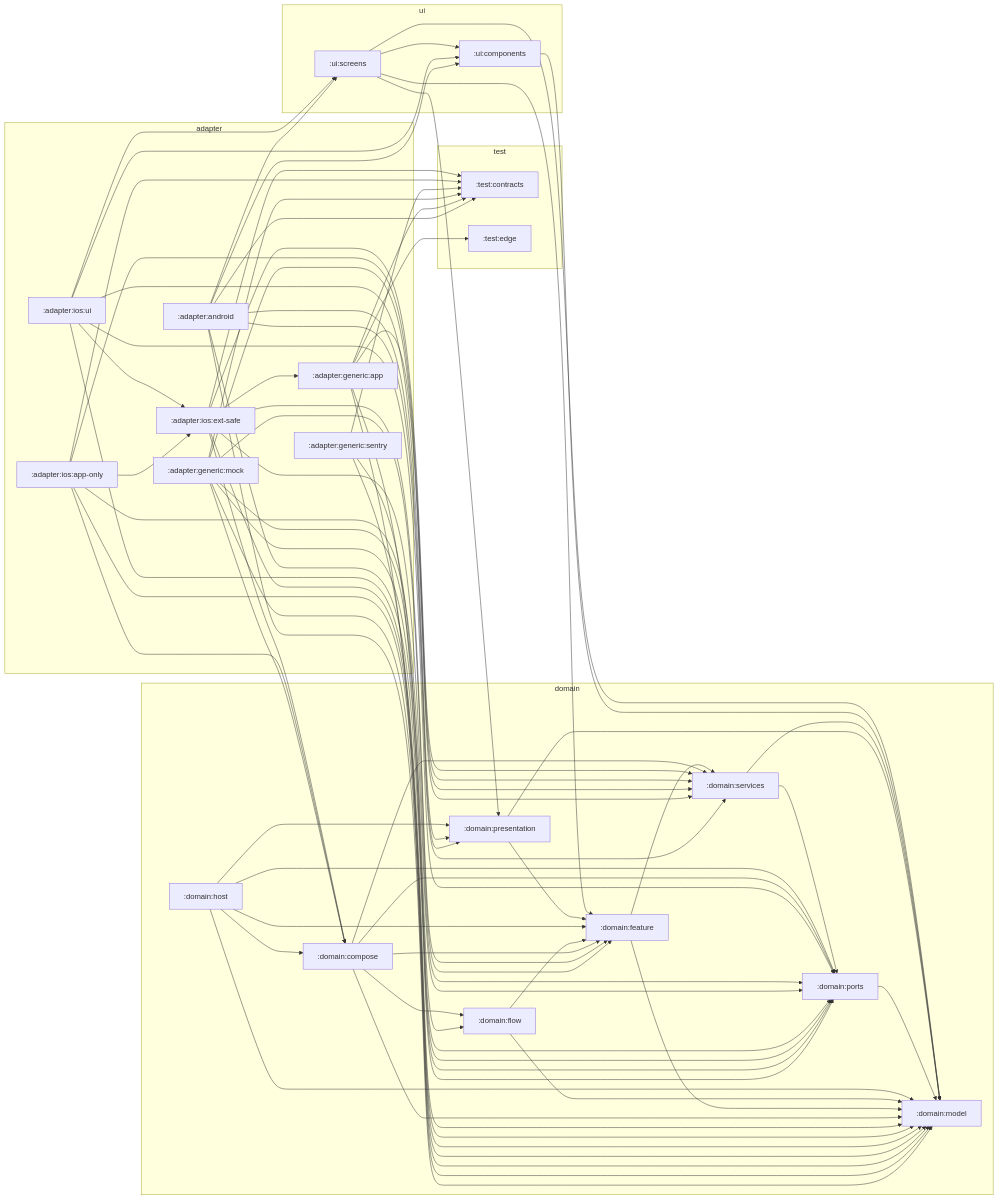
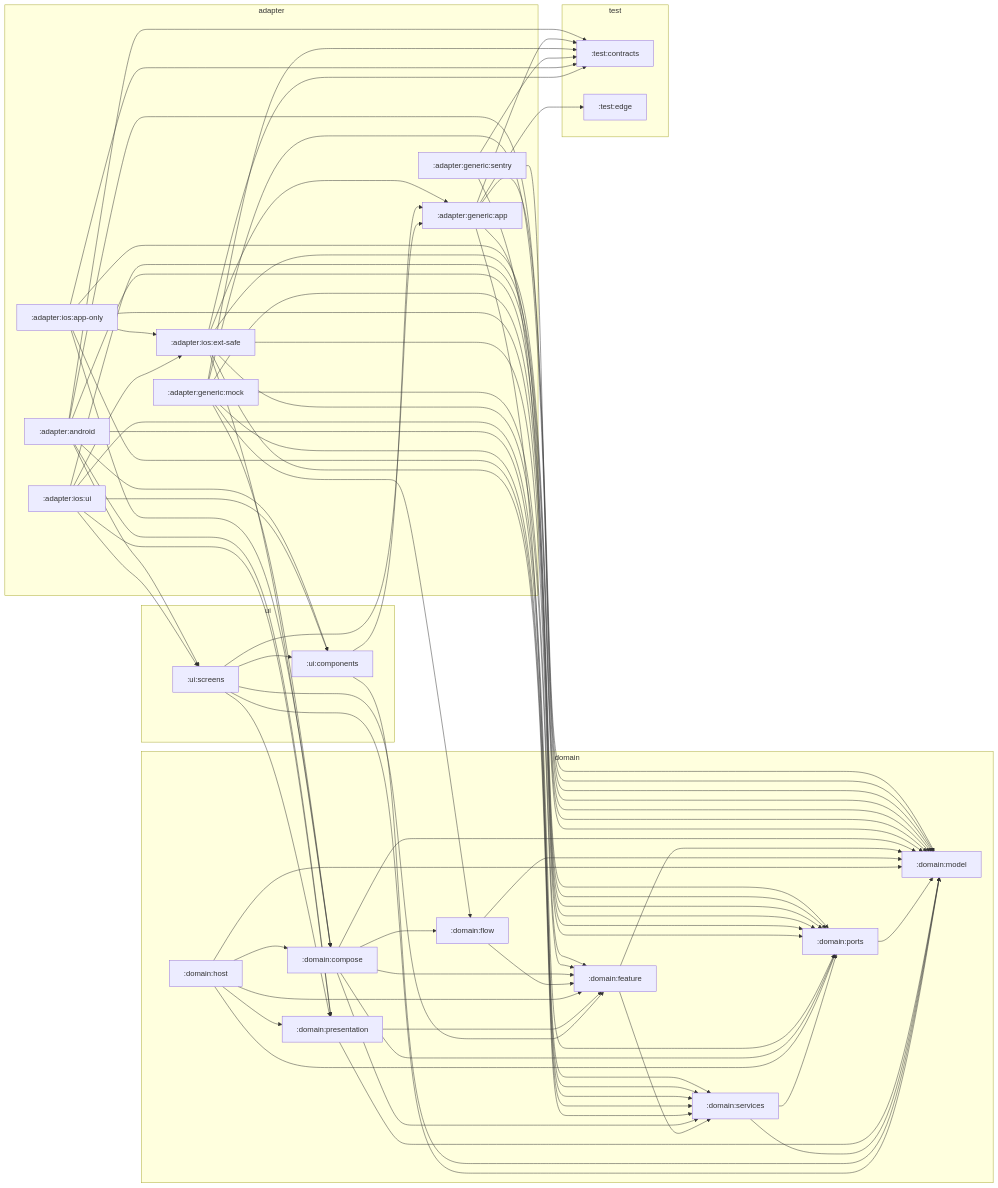
One commit to stefanhoelzl/SnapSync changed the diagram in architecture/zones.md. Above: the diagram before and after it, drawn with Mermaid. The commit also changed 57 other files, not shown here.

```diff
--- a/architecture/zones.md
+++ b/architecture/zones.md
@@ -94,7 +94,9 @@
   domain_presentation --> domain_model
   domain_services --> domain_model
   domain_services --> domain_ports
+  ui_components --> adapter_generic_app
   ui_components --> domain_model
+  ui_screens --> adapter_generic_app
   ui_screens --> domain_feature
   ui_screens --> domain_model
   ui_screens --> domain_presentation
```
